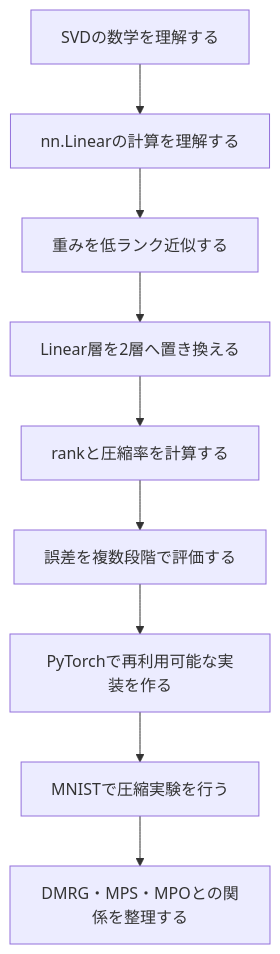
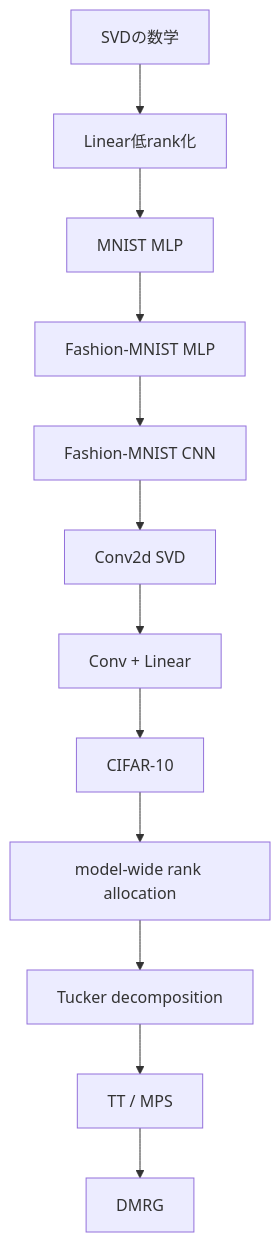
Before and after one commit to astrare2480/nn-compression-svd-dmrg: the diagram in docs/README.md, drawn with Mermaid. The commit also changed other lines of this file, not shown here.

Commit message:
Modernize docs index for completed SVD experiments

````diff
--- a/docs/README.md
+++ b/docs/README.md
@@ -99,11 +112,14 @@
 ```mermaid
 flowchart TD
-    A["SVDの数学を理解する"] --> B["nn.Linearの計算を理解する"]
-    B --> C["重みを低ランク近似する"]
-    C --> D["Linear層を2層へ置き換える"]
-    D --> E["rankと圧縮率を計算する"]
-    E --> F["誤差を複数段階で評価する"]
-    F --> G["PyTorchで再利用可能な実装を作る"]
-    G --> H["MNISTで圧縮実験を行う"]
-    H --> I["DMRG・MPS・MPOとの関係を整理する"]
+    A["SVDの数学"] --> B["Linear低rank化"]
+    B --> C["MNIST MLP"]
+    C --> D["Fashion-MNIST MLP"]
+    D --> E["Fashion-MNIST CNN"]
+    E --> F["Conv2d SVD"]
+    F --> G["Conv + Linear"]
+    G --> H["CIFAR-10"]
+    H --> I["model-wide rank allocation"]
+    I --> J["Tucker decomposition"]
+    J --> K["TT / MPS"]
+    K --> L["DMRG"]
 ```
````
